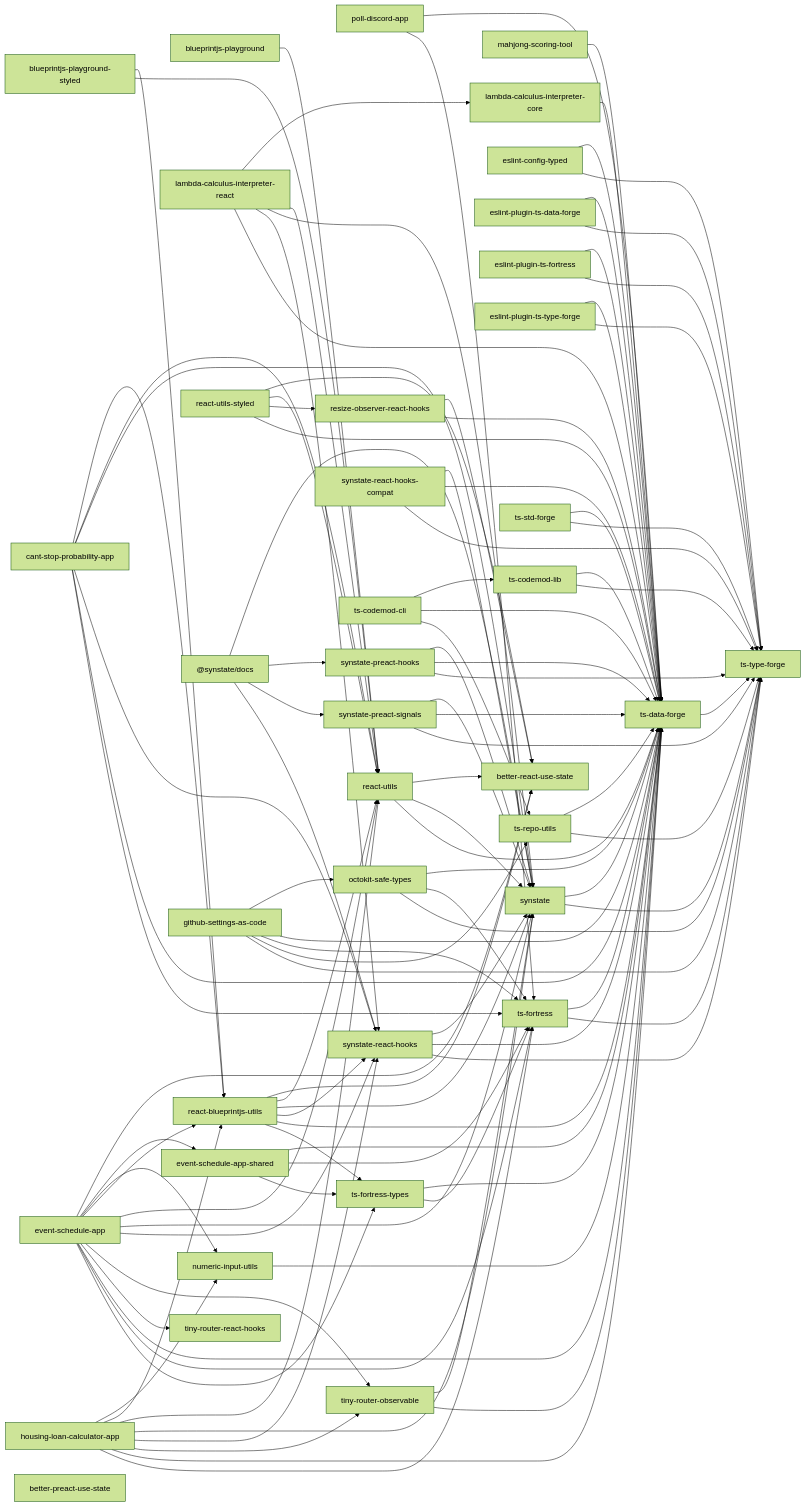
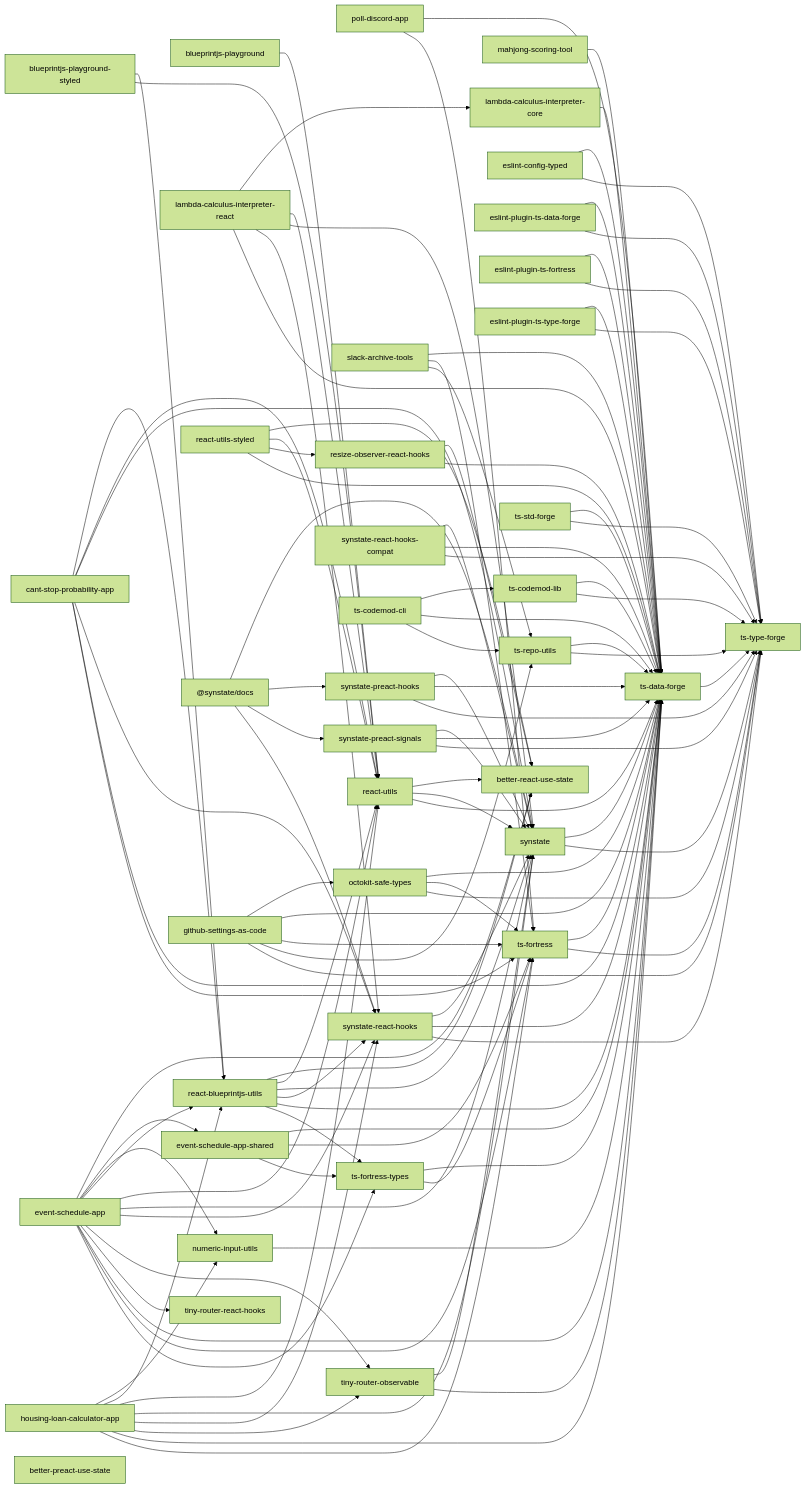
Before and after one commit to noshiro-pf/mono: the diagram in docs/package-dependencies.md, drawn with Mermaid (forest theme). The commit also changed other lines of this file and 25 other files, not shown here.

```diff
--- a/docs/package-dependencies.md
+++ b/docs/package-dependencies.md
@@ -27,6 +27,7 @@
   react_utils["react-utils"]
   react_utils_styled["react-utils-styled"]
   resize_observer_react_hooks["resize-observer-react-hooks"]
+  slack_archive_tools["slack-archive-tools"]
   _synstate_docs["@synstate/docs"]
   tiny_router_observable["tiny-router-observable"]
   tiny_router_react_hooks["tiny-router-react-hooks"]
@@ -108,6 +109,9 @@
   react_utils_styled --> ts_data_forge
   resize_observer_react_hooks --> better_react_use_state
   resize_observer_react_hooks --> ts_data_forge
+  slack_archive_tools --> ts_data_forge
+  slack_archive_tools --> ts_fortress
+  slack_archive_tools --> ts_repo_utils
   _synstate_docs --> synstate
   _synstate_docs --> synstate_preact_hooks
   _synstate_docs --> synstate_preact_signals
```
